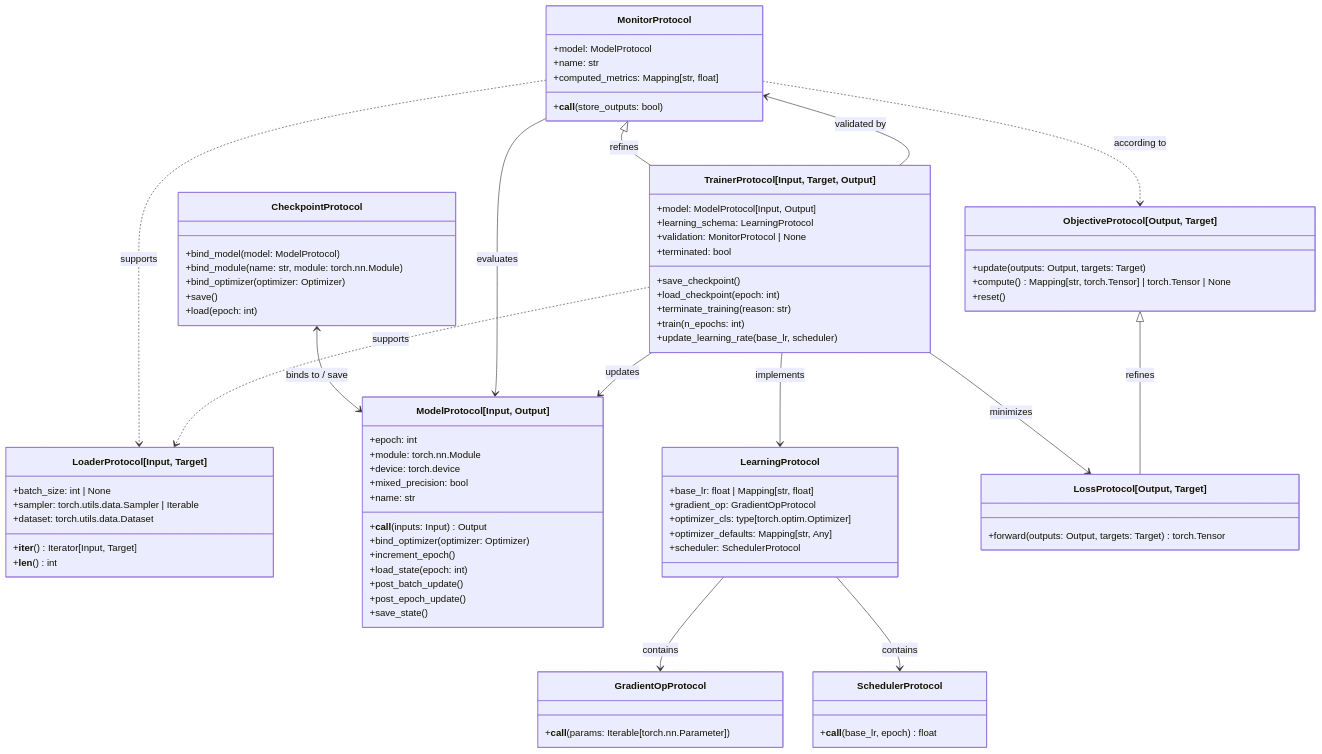
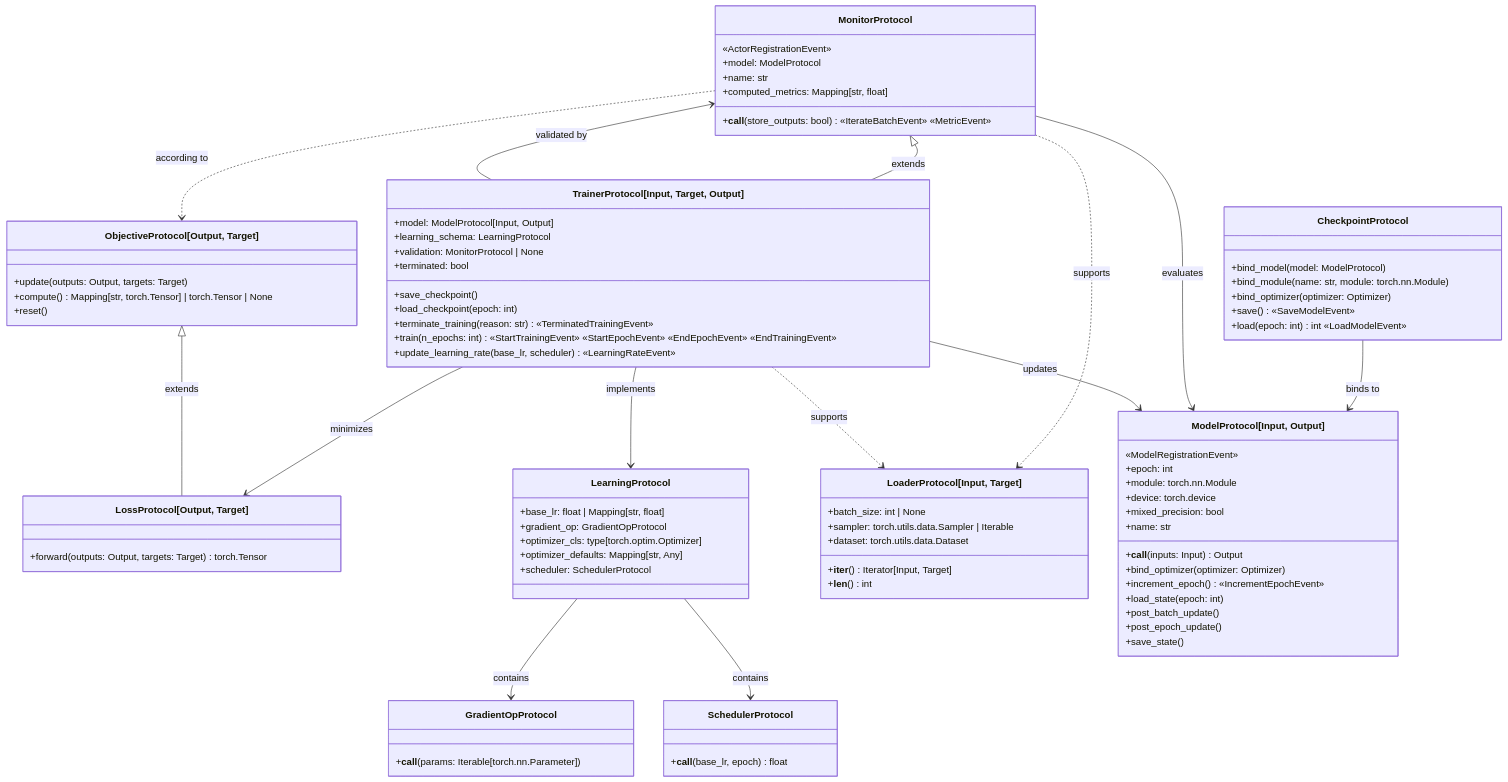
Before and after one commit to nverchev/drytorch: the diagram in docs/architecture.md, drawn with Mermaid. The commit also changed other lines of this file and 1 other file, not shown here.

Commit message:
docs: show protocol events and generalizations in the architecture diagram

````diff
--- a/docs/architecture.md
+++ b/docs/architecture.md
@@ -28,35 +31,15 @@
 
 classDiagram
 direction TB
-    class LoaderProtocol["LoaderProtocol[Input, Target]"] {
-        +batch_size: int | None
-        +sampler: torch.utils.data.Sampler | Iterable
-        +dataset: torch.utils.data.Dataset
-        +__iter__() Iterator[Input, Target]
-        +__len__() int
+
+    class ObjectiveProtocol["ObjectiveProtocol[Output, Target]"] {
+        +update(outputs: Output, targets: Target)
+        +compute() Mapping[str, torch.Tensor] | torch.Tensor | None
+        +reset()
     }
 
-    class ModelProtocol["ModelProtocol[Input, Output]"] {
-        +epoch: int
-        +module: torch.nn.Module
-        +device: torch.device
-        +mixed_precision: bool
-        +name: str
-        +__call__(inputs: Input) Output
-        +bind_optimizer(optimizer: Optimizer)
-        +increment_epoch()
-        +load_state(epoch: int)
-        +post_batch_update()
-        +post_epoch_update()
-        +save_state()
-    }
-
-    class CheckpointProtocol {
-        +bind_model(model: ModelProtocol)
-        +bind_module(name: str, module: torch.nn.Module)
-        +bind_optimizer(optimizer: Optimizer)
-        +save()
-        +load(epoch: int)
+    class LossProtocol["LossProtocol[Output, Target]"] {
+        +forward(outputs: Output, targets: Target) torch.Tensor
     }
 
     class SchedulerProtocol {
@@ -75,21 +58,46 @@
         +scheduler: SchedulerProtocol
     }
 
-    class ObjectiveProtocol["ObjectiveProtocol[Output, Target]"] {
-        +update(outputs: Output, targets: Target)
-        +compute() Mapping[str, torch.Tensor] | torch.Tensor | None
-        +reset()
+
+    class LoaderProtocol["LoaderProtocol[Input, Target]"] {
+        +batch_size: int | None
+        +sampler: torch.utils.data.Sampler | Iterable
+        +dataset: torch.utils.data.Dataset
+        +__iter__() Iterator[Input, Target]
+        +__len__() int
     }
 
-    class LossProtocol["LossProtocol[Output, Target]"] {
-        +forward(outputs: Output, targets: Target) torch.Tensor
+    class ModelProtocol["ModelProtocol[Input, Output]"] {
+        «ModelRegistrationEvent»
+        +epoch: int
+        +module: torch.nn.Module
+        +device: torch.device
+        +mixed_precision: bool
+        +name: str
+        +__call__(inputs: Input) Output
+        +bind_optimizer(optimizer: Optimizer)
+        +increment_epoch() «IncrementEpochEvent»
+        +load_state(epoch: int)
+        +post_batch_update()
+        +post_epoch_update()
+        +save_state()
     }
 
+    class CheckpointProtocol {
+        +bind_model(model: ModelProtocol)
+        +bind_module(name: str, module: torch.nn.Module)
+        +bind_optimizer(optimizer: Optimizer)
+        +save() «SaveModelEvent»
+        +load(epoch: int) int «LoadModelEvent»
+    }
+
+
     class MonitorProtocol {
+        «ActorRegistrationEvent»
         +model: ModelProtocol
         +name: str
         +computed_metrics: Mapping[str, float]
-        +__call__(store_outputs: bool)
+        +__call__(store_outputs: bool) «IterateBatchEvent» «MetricEvent»
     }
 
     class TrainerProtocol["TrainerProtocol[Input, Target, Output]"] {
@@ -99,23 +107,23 @@
         +terminated: bool
         +save_checkpoint()
         +load_checkpoint(epoch: int)
-        +terminate_training(reason: str)
-        +train(n_epochs: int)
-        +update_learning_rate(base_lr, scheduler)
+        +terminate_training(reason: str) «TerminatedTrainingEvent»
+        +train(n_epochs: int) «StartTrainingEvent» «StartEpochEvent» «EndEpochEvent» «EndTrainingEvent»
+        +update_learning_rate(base_lr, scheduler) «LearningRateEvent»
     }
 
-    CheckpointProtocol <--> ModelProtocol : binds to / save
+    MonitorProtocol ..> LoaderProtocol : supports
+    TrainerProtocol ..> LoaderProtocol : supports
     LearningProtocol --> GradientOpProtocol : contains
     LearningProtocol --> SchedulerProtocol : contains
-    MonitorProtocol ..> LoaderProtocol : supports
+    CheckpointProtocol --> ModelProtocol : binds to
     MonitorProtocol --> ModelProtocol : evaluates
     MonitorProtocol ..> ObjectiveProtocol : according to
     TrainerProtocol --> LearningProtocol :  implements
-    TrainerProtocol ..> LoaderProtocol : supports
     TrainerProtocol --> LossProtocol : minimizes
     TrainerProtocol --> ModelProtocol : updates
     TrainerProtocol --> MonitorProtocol : validated by
-    MonitorProtocol <|-- TrainerProtocol : refines
-    ObjectiveProtocol <|-- LossProtocol : refines
+    MonitorProtocol <|-- TrainerProtocol : extends
+    ObjectiveProtocol <|-- LossProtocol : extends
 
 ```
````
